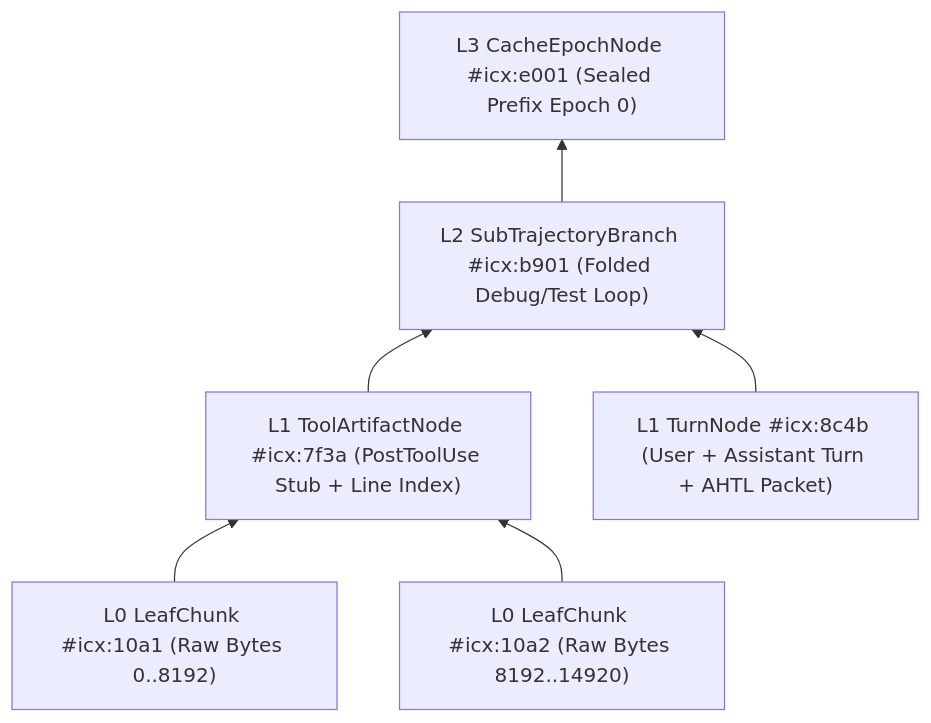
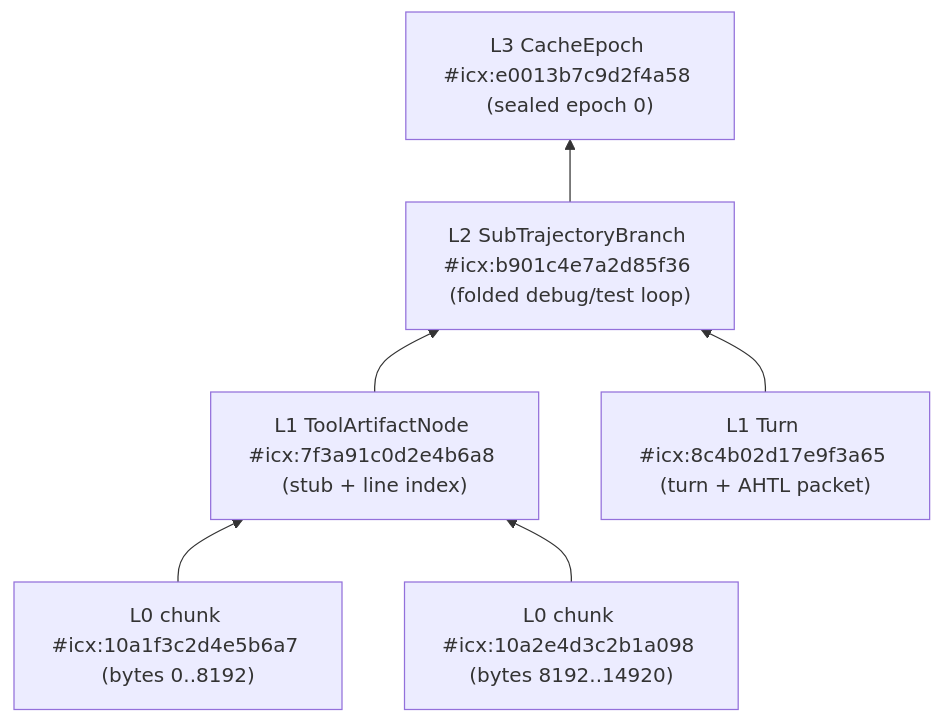
The diagram in docs/virtual-memory-and-dag-engine.md (doublegate/Infinity-Context), drawn with Mermaid before and after one commit. The commit also changed other lines of this file and 146 other files, not shown here.

````diff
--- a/docs/virtual-memory-and-dag-engine.md
+++ b/docs/virtual-memory-and-dag-engine.md
@@ -38,13 +74,13 @@
 ```mermaid
 flowchart BT
-    L0_1["L0 LeafChunk #icx:10a1 (Raw Bytes 0..8192)"]
-    L0_2["L0 LeafChunk #icx:10a2 (Raw Bytes 8192..14920)"]
-    L1_1["L1 ToolArtifactNode #icx:7f3a (PostToolUse Stub + Line Index)"]
-    L1_2["L1 TurnNode #icx:8c4b (User + Assistant Turn + AHTL Packet)"]
-    L2_1["L2 SubTrajectoryBranch #icx:b901 (Folded Debug/Test Loop)"]
-    L3_1["L3 CacheEpochNode #icx:e001 (Sealed Prefix Epoch 0)"]
+    L0_1["L0 chunk #icx:10a1f3c2d4e5b6a7 (bytes 0..8192)"]
+    L0_2["L0 chunk #icx:10a2e4d3c2b1a098 (bytes 8192..14920)"]
+    L1_1["L1 ToolArtifactNode #icx:7f3a91c0d2e4b6a8 (stub + line index)"]
+    L1_2["L1 Turn #icx:8c4b02d17e9f3a65 (turn + AHTL packet)"]
+    L2_1["L2 SubTrajectoryBranch #icx:b901c4e7a2d85f36 (folded debug/test loop)"]
+    L3_1["L3 CacheEpoch #icx:e0013b7c9d2f4a58 (sealed epoch 0)"]
 
     L0_1 & L0_2 --> L1_1
     L1_1 & L1_2 --> L2_1
     L2_1 --> L3_1
 ```
````
